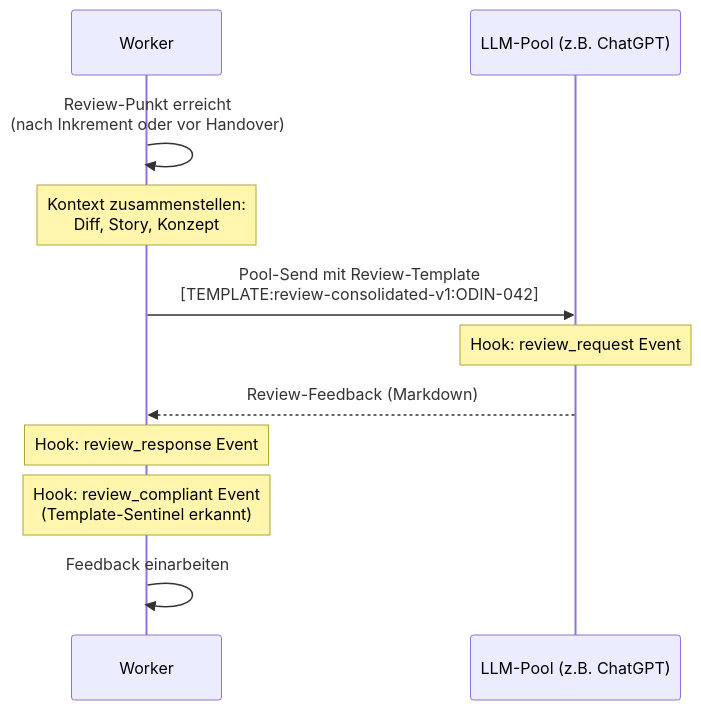
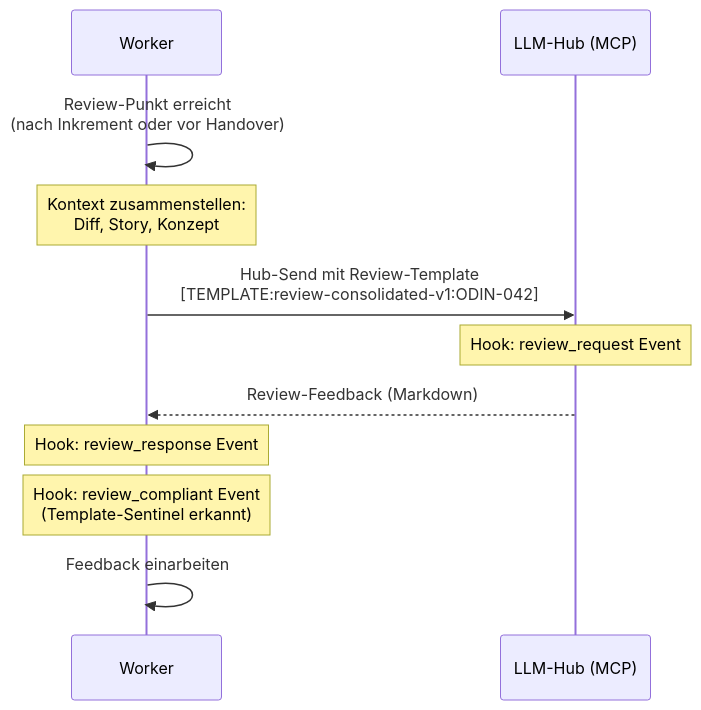
Before and after one commit to saltenhof/claude-agentkit3: the third of 4 diagrams in concept/technical-design/26_implementation_runtime_worker_loop.md, drawn with Mermaid. The commit also changed other lines of this file and 21 other files, not shown here.

First line of the commit message:
Finish LLM-Hub terminology sweep across technical + formal docs

````diff
--- a/concept/technical-design/26_implementation_runtime_worker_loop.md
+++ b/concept/technical-design/26_implementation_runtime_worker_loop.md
@@ -448,14 +448,14 @@
 ```mermaid
 sequenceDiagram
     participant W as Worker
-    participant P as LLM-Pool (z.B. ChatGPT)
+    participant P as LLM-Hub (MCP)
 
     W->>W: Review-Punkt erreicht<br/>(nach Inkrement oder vor Handover)
     Note over W: Kontext zusammenstellen:<br/>Diff, Story, Konzept
-    W->>P: Pool-Send mit Review-Template<br/>[TEMPLATE:review-consolidated-v1:ODIN-042]
+    W->>P: Hub-Send mit Review-Template<br/>[TEMPLATE:review-consolidated-v1:ODIN-042]
     Note over P: Hook: review_request Event
     P-->>W: Review-Feedback (Markdown)
     Note over W: Hook: review_response Event
     Note over W: Hook: review_compliant Event<br/>(Template-Sentinel erkannt)
     W->>W: Feedback einarbeiten
 ```
````
